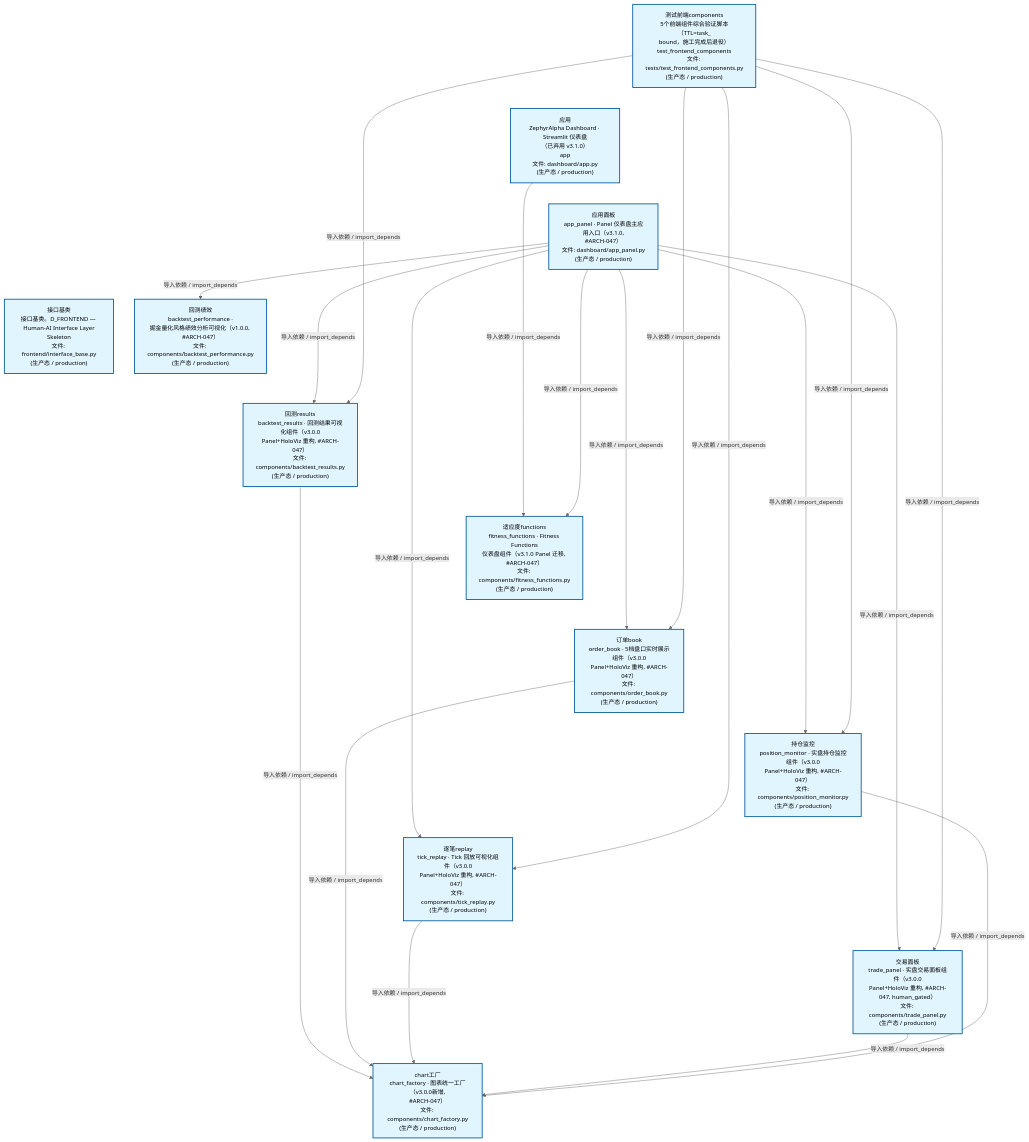
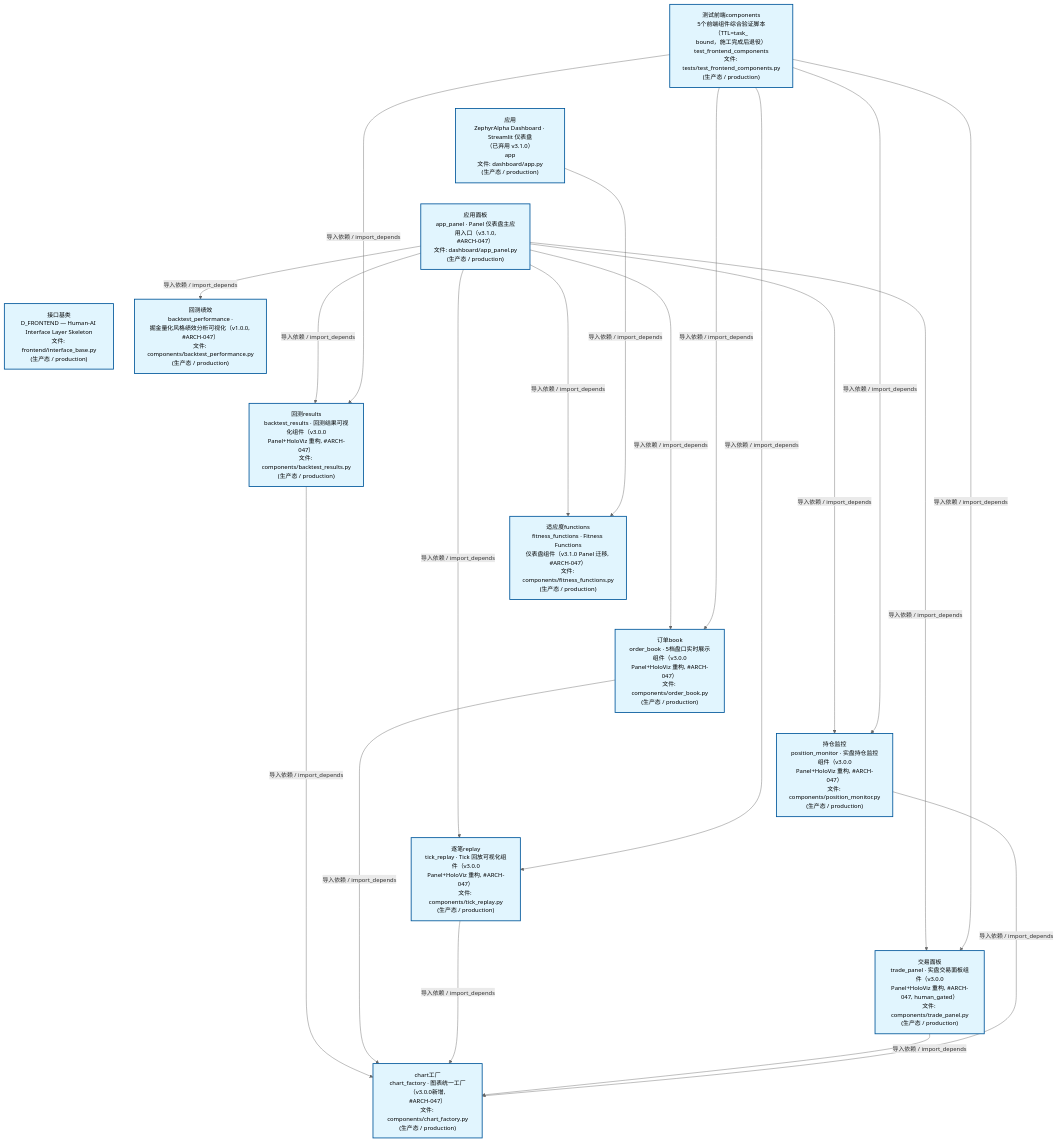
One commit to xuanFelixVan/ZephyrAlpha changed the second of 4 diagrams in docs/02_enterprise_architecture/02_domain_architecture_docs/47_d_frontend.md. Above: the diagram before and after it, drawn with Mermaid. The commit also changed other lines of this file and 60 other files, not shown here.

````diff
--- a/docs/02_enterprise_architecture/02_domain_architecture_docs/47_d_frontend.md
+++ b/docs/02_enterprise_architecture/02_domain_architecture_docs/47_d_frontend.md
@@ -124,48 +124,48 @@
 ```mermaid
 %%{init: {'theme': 'base', 'themeVariables': {'primaryColor': '#eaeaea', 'primaryTextColor': '#333333', 'primaryBorderColor': '#666666', 'lineColor': '#666666', 'secondaryColor': '#eaeaea', 'tertiaryColor': '#eaeaea', 'fontSize': '14px'}}}%%
 flowchart TD
     scripts_tests_test_frontend_components_py["测试前端components<br/>5个前端组件综合验证脚本（TTL=task_<br/>bound，施工完成后退役）<br/>test_frontend_components<br/>文件: tests/test_frontend_components.py<br/>(生产态 / production)"]
     src_zephyr_frontend_dashboard_app_py["应用<br/>ZephyrAlpha Dashboard · Streamlit 仪表盘<br/>（已弃用 v3.1.0）<br/>app<br/>文件: dashboard/app.py<br/>(生产态 / production)"]
     src_zephyr_frontend_dashboard_app_panel_py["应用面板<br/>app_panel · Panel 仪表盘主应用入口（v3.1.0,<br/>#ARCH-047）<br/>文件: dashboard/app_panel.py<br/>(生产态 / production)"]
-    src_zephyr_frontend_interface_base_py["接口基类<br/>接口基类。D_FRONTEND — Human-AI Interface Layer<br/>Skeleton<br/>文件: frontend/interface_base.py<br/>(生产态 / production)"]
+    src_zephyr_frontend_interface_base_py["接口基类<br/>D_FRONTEND — Human-AI Interface Layer Skeleton<br/>文件: frontend/interface_base.py<br/>(生产态 / production)"]
     scripts_tests_test_frontend_components_py ~~~ src_zephyr_frontend_dashboard_app_py
     src_zephyr_frontend_dashboard_app_py ~~~ src_zephyr_frontend_dashboard_app_panel_py
     src_zephyr_frontend_dashboard_app_panel_py ~~~ src_zephyr_frontend_interface_base_py
     src_zephyr_frontend_dashboard_components_backtest_performance_py["回测绩效<br/>backtest_performance ·<br/>掘金量化风格绩效分析可视化（v1.0.0, #ARCH-047）<br/>文件: components/backtest_performance.py<br/>(生产态 / production)"]
     src_zephyr_frontend_dashboard_components_backtest_results_py["回测results<br/>backtest_results · 回测结果可视化组件（v3.0.0<br/>Panel+HoloViz 重构, #ARCH-047）<br/>文件: components/backtest_results.py<br/>(生产态 / production)"]
     src_zephyr_frontend_dashboard_components_fitness_functions_py["适应度functions<br/>fitness_functions · Fitness Functions<br/>仪表盘组件（v3.1.0 Panel 迁移, #ARCH-047）<br/>文件: components/fitness_functions.py<br/>(生产态 / production)"]
     src_zephyr_frontend_dashboard_components_order_book_py["订单book<br/>order_book · 5档盘口实时展示组件（v3.0.0<br/>Panel+HoloViz 重构, #ARCH-047）<br/>文件: components/order_book.py<br/>(生产态 / production)"]
     src_zephyr_frontend_dashboard_components_position_monitor_py["持仓监控<br/>position_monitor · 实盘持仓监控组件（v3.0.0<br/>Panel+HoloViz 重构, #ARCH-047）<br/>文件: components/position_monitor.py<br/>(生产态 / production)"]
     src_zephyr_frontend_dashboard_components_tick_replay_py["逐笔replay<br/>tick_replay · Tick 回放可视化组件（v3.0.0<br/>Panel+HoloViz 重构, #ARCH-047）<br/>文件: components/tick_replay.py<br/>(生产态 / production)"]
     src_zephyr_frontend_dashboard_components_trade_panel_py["交易面板<br/>trade_panel · 实盘交易面板组件（v3.0.0<br/>Panel+HoloViz 重构, #ARCH-047, human_gated）<br/>文件: components/trade_panel.py<br/>(生产态 / production)"]
     src_zephyr_frontend_dashboard_components_backtest_performance_py ~~~ src_zephyr_frontend_dashboard_components_backtest_results_py
     src_zephyr_frontend_dashboard_components_backtest_results_py ~~~ src_zephyr_frontend_dashboard_components_fitness_functions_py
     src_zephyr_frontend_dashboard_components_fitness_functions_py ~~~ src_zephyr_frontend_dashboard_components_order_book_py
     src_zephyr_frontend_dashboard_components_order_book_py ~~~ src_zephyr_frontend_dashboard_components_position_monitor_py
     src_zephyr_frontend_dashboard_components_position_monitor_py ~~~ src_zephyr_frontend_dashboard_components_tick_replay_py
     src_zephyr_frontend_dashboard_components_tick_replay_py ~~~ src_zephyr_frontend_dashboard_components_trade_panel_py
     src_zephyr_frontend_dashboard_components_chart_factory_py["chart工厂<br/>chart_factory · 图表统一工厂（v3.0.0新增,<br/>#ARCH-047）<br/>文件: components/chart_factory.py<br/>(生产态 / production)"]
-    src_zephyr_frontend_dashboard_app_py -->|导入依赖 / import_depends| src_zephyr_frontend_dashboard_components_fitness_functions_py
+    src_zephyr_frontend_dashboard_components_backtest_results_py -->|导入依赖 / import_depends| src_zephyr_frontend_dashboard_components_chart_factory_py
+    src_zephyr_frontend_dashboard_app_panel_py -->|导入依赖 / import_depends| src_zephyr_frontend_dashboard_components_backtest_results_py
     src_zephyr_frontend_dashboard_app_panel_py -->|导入依赖 / import_depends| src_zephyr_frontend_dashboard_components_backtest_performance_py
-    src_zephyr_frontend_dashboard_app_panel_py -->|导入依赖 / import_depends| src_zephyr_frontend_dashboard_components_backtest_results_py
     src_zephyr_frontend_dashboard_app_panel_py -->|导入依赖 / import_depends| src_zephyr_frontend_dashboard_components_fitness_functions_py
     src_zephyr_frontend_dashboard_app_panel_py -->|导入依赖 / import_depends| src_zephyr_frontend_dashboard_components_order_book_py
     src_zephyr_frontend_dashboard_app_panel_py -->|导入依赖 / import_depends| src_zephyr_frontend_dashboard_components_tick_replay_py
     src_zephyr_frontend_dashboard_app_panel_py -->|导入依赖 / import_depends| src_zephyr_frontend_dashboard_components_trade_panel_py
     src_zephyr_frontend_dashboard_app_panel_py -->|导入依赖 / import_depends| src_zephyr_frontend_dashboard_components_position_monitor_py
-    src_zephyr_frontend_dashboard_components_backtest_results_py -->|导入依赖 / import_depends| src_zephyr_frontend_dashboard_components_chart_factory_py
+    src_zephyr_frontend_dashboard_app_py -->|导入依赖 / import_depends| src_zephyr_frontend_dashboard_components_fitness_functions_py
     src_zephyr_frontend_dashboard_components_order_book_py -->|导入依赖 / import_depends| src_zephyr_frontend_dashboard_components_chart_factory_py
     src_zephyr_frontend_dashboard_components_tick_replay_py -->|导入依赖 / import_depends| src_zephyr_frontend_dashboard_components_chart_factory_py
     src_zephyr_frontend_dashboard_components_trade_panel_py -->|导入依赖 / import_depends| src_zephyr_frontend_dashboard_components_chart_factory_py
     src_zephyr_frontend_dashboard_components_position_monitor_py -->|导入依赖 / import_depends| src_zephyr_frontend_dashboard_components_chart_factory_py
     scripts_tests_test_frontend_components_py -->|导入依赖 / import_depends| src_zephyr_frontend_dashboard_components_backtest_results_py
     scripts_tests_test_frontend_components_py -->|导入依赖 / import_depends| src_zephyr_frontend_dashboard_components_order_book_py
     scripts_tests_test_frontend_components_py -->|导入依赖 / import_depends| src_zephyr_frontend_dashboard_components_tick_replay_py
     scripts_tests_test_frontend_components_py -->|导入依赖 / import_depends| src_zephyr_frontend_dashboard_components_trade_panel_py
     scripts_tests_test_frontend_components_py -->|导入依赖 / import_depends| src_zephyr_frontend_dashboard_components_position_monitor_py
     classDef production fill:#e1f5fe,stroke:#01579b,stroke-width:2px,color:#000
     classDef design fill:#fff3e0,stroke:#e65100,stroke-width:2px,color:#000,stroke-dasharray: 5 5
     classDef external_prod fill:#e8f4fd,stroke:#0277bd,stroke-width:1px,color:#000
     classDef external_design fill:#fff8e7,stroke:#ef6c00,stroke-width:1px,color:#000,stroke-dasharray: 5 5
     class scripts_tests_test_frontend_components_py,src_zephyr_frontend_dashboard_app_py,src_zephyr_frontend_dashboard_app_panel_py,src_zephyr_frontend_dashboard_components_backtest_performance_py,src_zephyr_frontend_dashboard_components_backtest_results_py,src_zephyr_frontend_dashboard_components_chart_factory_py,src_zephyr_frontend_dashboard_components_fitness_functions_py,src_zephyr_frontend_dashboard_components_order_book_py,src_zephyr_frontend_dashboard_components_position_monitor_py,src_zephyr_frontend_dashboard_components_tick_replay_py,src_zephyr_frontend_dashboard_components_trade_panel_py,src_zephyr_frontend_interface_base_py production
 ```
````
